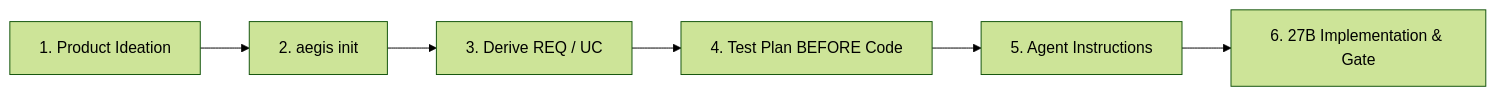
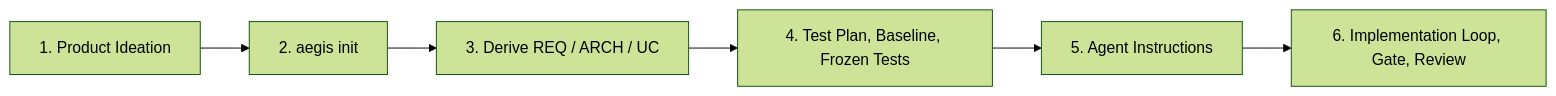
Before and after one commit to schwitters/aegis: the first of 2 diagrams in doc/adoption-guide.md, drawn with Mermaid (forest theme). The commit also changed other lines of this file and 29 other files, not shown here.

````diff
--- a/doc/adoption-guide.md
+++ b/doc/adoption-guide.md
@@ -13,8 +13,8 @@
 ```mermaid
 flowchart LR
     A["1. Product Ideation"] --> B["2. aegis init"]
-    B --> C["3. Derive REQ / UC"]
-    C --> D["4. Test Plan BEFORE Code"]
+    B --> C["3. Derive REQ / ARCH / UC"]
+    C --> D["4. Test Plan, Baseline, Frozen Tests"]
     D --> E["5. Agent Instructions"]
-    E --> F["6. 27B Implementation & Gate"]
+    E --> F["6. Implementation Loop, Gate, Review"]
 ```
````
